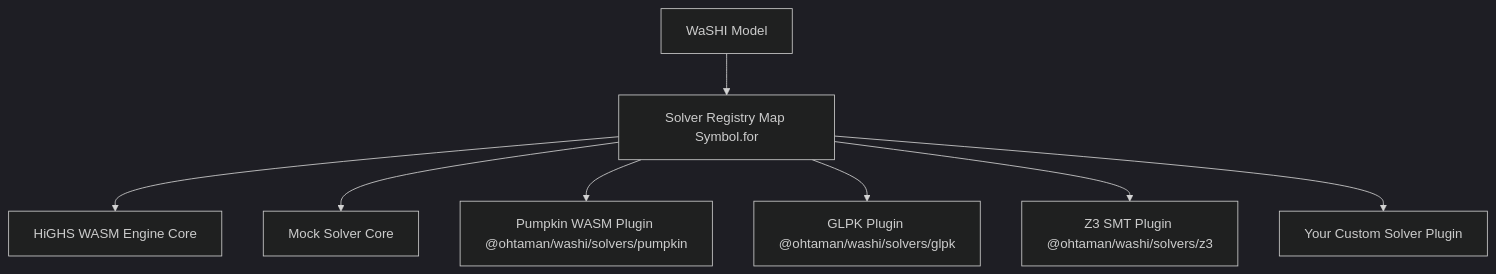
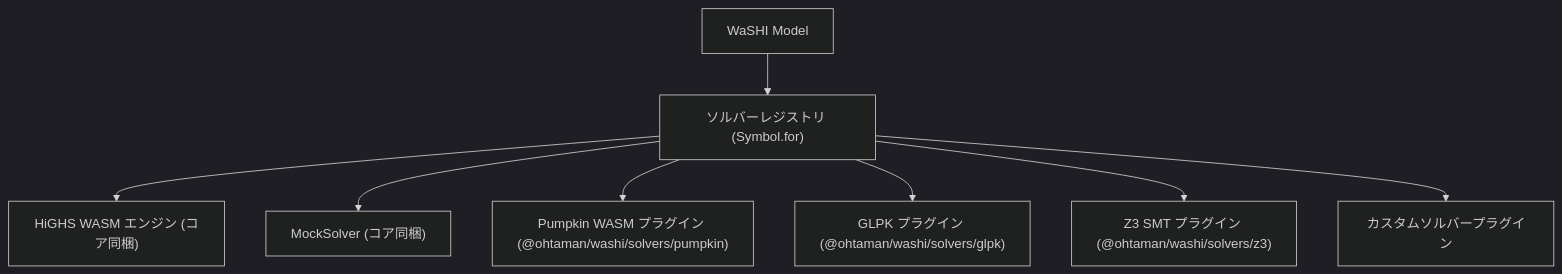
Before and after one commit to ohtaman/washi: the diagram in docs/ja/solvers/custom-solver.md, drawn with Mermaid (dark theme). The commit also changed other lines of this file and 99 other files, not shown here.

````diff
--- a/docs/ja/solvers/custom-solver.md
+++ b/docs/ja/solvers/custom-solver.md
@@ -11,10 +11,10 @@
 ```mermaid
 graph TD
-    A[WaSHI Model] --> B[Solver Registry Map Symbol.for]
-    B --> C[HiGHS WASM Engine Core]
-    B --> D[Mock Solver Core]
-    B --> H[Pumpkin WASM Plugin @ohtaman/washi/solvers/pumpkin]
-    B --> E[GLPK Plugin @ohtaman/washi/solvers/glpk]
-    B --> F[Z3 SMT Plugin @ohtaman/washi/solvers/z3]
-    B --> G[Your Custom Solver Plugin]
+    A[WaSHI Model] --> B["ソルバーレジストリ (Symbol.for)"]
+    B --> C["HiGHS WASM エンジン (コア同梱)"]
+    B --> D["MockSolver (コア同梱)"]
+    B --> H["Pumpkin WASM プラグイン (@ohtaman/washi/solvers/pumpkin)"]
+    B --> E["GLPK プラグイン (@ohtaman/washi/solvers/glpk)"]
+    B --> F["Z3 SMT プラグイン (@ohtaman/washi/solvers/z3)"]
+    B --> G[カスタムソルバープラグイン]
 ```
````
